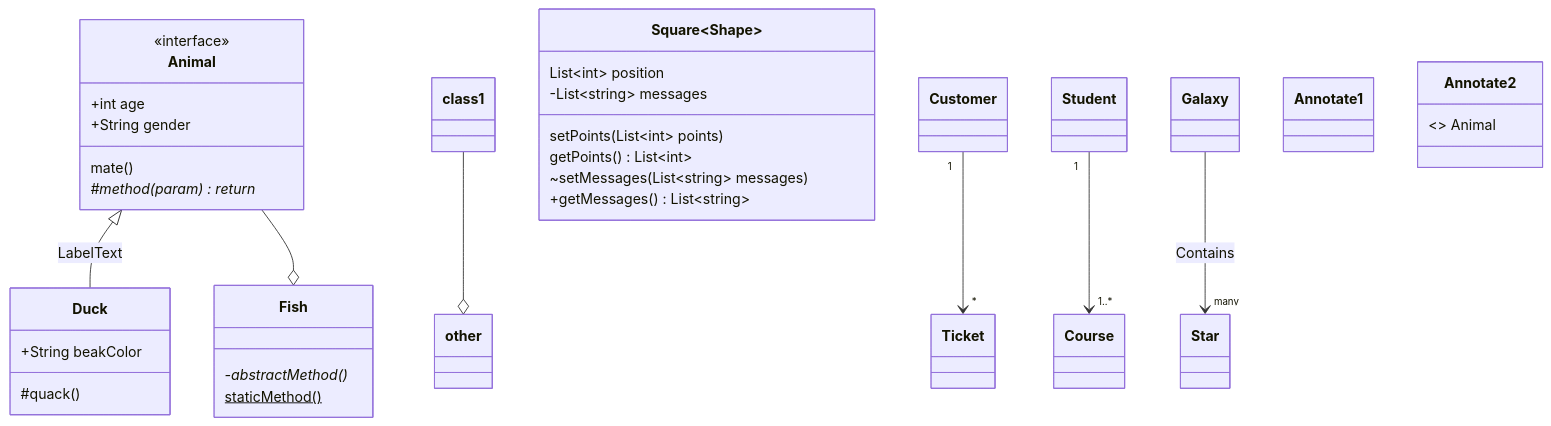
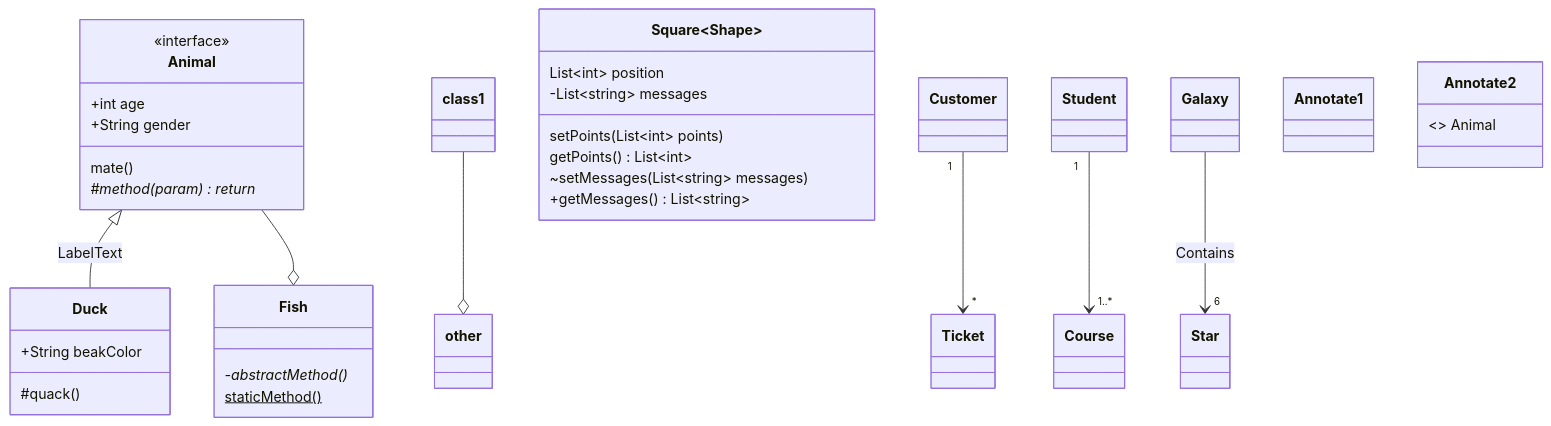
Before and after one commit to bpruitt-goddard/vscode-mermaid-syntax-highlight: the fifth of 5 diagrams in README.md, drawn with Mermaid. The commit also changed other lines of this file and 2 other files, not shown here.

Commit message:
feat: Add class multiplicity relationships

````diff
--- a/README.md
+++ b/README.md
@@ -168,41 +168,41 @@
 ```mermaid
 classDiagram
   Animal <|-- Duck : LabelText
   class1 --o other
   Animal --o Fish
   Animal : +int age
   Animal : +String gender
   Animal: mate()
   Animal : #method(param)* return
   class Duck{
       %% Class Members
       +String beakColor
       #quack()
   }
   class Fish{
       -abstractMethod()*
       staticMethod()$
   }
   %% Class member generics
   class Square~Shape~{
       List~int~ position
       setPoints(List~int~ points)
       getPoints() List~int~
   }
   Square : -List~string~ messages
   Square : ~setMessages(List~string~ messages)
   Square : +getMessages() List~string~
 
   %% Multiplicity relations
   Customer "1" --> "*" Ticket
   Student "1" --> "1..*" Course
-  Galaxy --> "many" Star : Contains
+  Galaxy --> "6" Star : Contains
 
   %% Annotations
   class Annotate1
   <<interface>> Animal
 
   class Annotate2{
     <<interface>> Animal
   }
 ```
````
